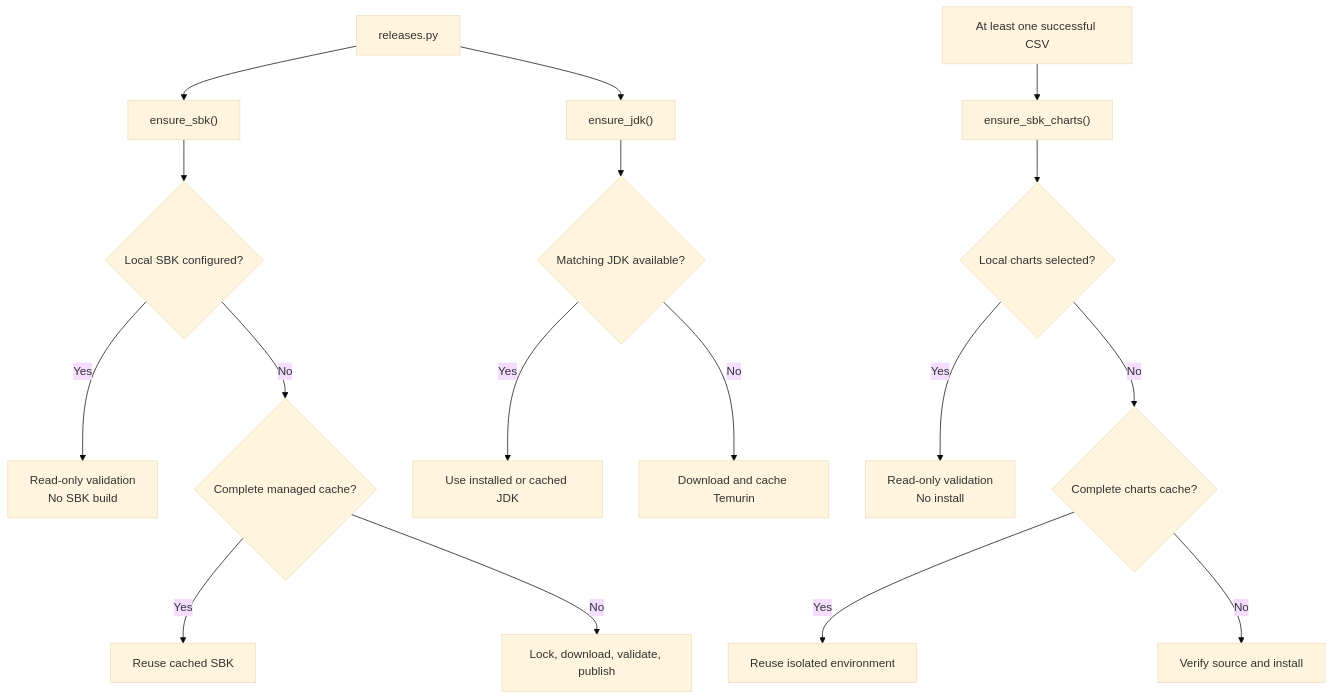
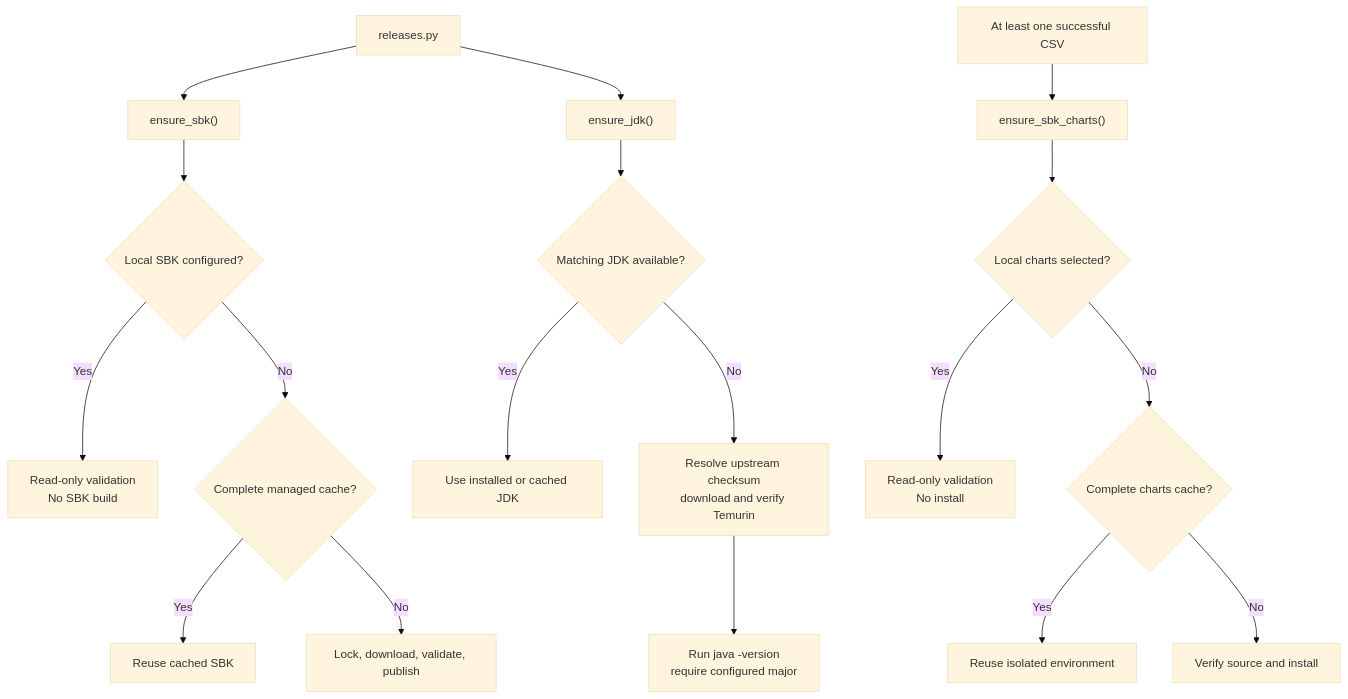
The third of 7 diagrams in analytics/ARCHITECTURE.md (kmgowda/sbk-analytics), drawn with Mermaid (base theme) before and after one commit. The commit also changed other lines of this file and 27 other files, not shown here.

````diff
--- a/analytics/ARCHITECTURE.md
+++ b/analytics/ARCHITECTURE.md
@@ -90,23 +90,24 @@
 ```mermaid
 flowchart TB
     Resolver["releases.py"]
 
     Resolver --> EnsureSBK["ensure_sbk()"]
     EnsureSBK --> LocalSBK{"Local SBK configured?"}
     LocalSBK -->|Yes| ValidateSBK["Read-only validation<br/>No SBK build"]
     LocalSBK -->|No| CachedSBK{"Complete managed cache?"}
     CachedSBK -->|Yes| ReuseSBK["Reuse cached SBK"]
     CachedSBK -->|No| DownloadSBK["Lock, download, validate, publish"]
 
     Resolver --> EnsureJDK["ensure_jdk()"]
     EnsureJDK --> ExistingJDK{"Matching JDK available?"}
     ExistingJDK -->|Yes| ReuseJDK["Use installed or cached JDK"]
-    ExistingJDK -->|No| DownloadJDK["Download and cache Temurin"]
+    ExistingJDK -->|No| DownloadJDK["Resolve upstream checksum<br/>download and verify Temurin"]
+    DownloadJDK --> ValidateJDK["Run java -version<br/>require configured major"]
 
     CSV["At least one successful CSV"] --> EnsureCharts["ensure_sbk_charts()"]
     EnsureCharts --> LocalCharts{"Local charts selected?"}
     LocalCharts -->|Yes| ValidateCharts["Read-only validation<br/>No install"]
     LocalCharts -->|No| CachedCharts{"Complete charts cache?"}
     CachedCharts -->|Yes| ReuseCharts["Reuse isolated environment"]
     CachedCharts -->|No| InstallCharts["Verify source and install"]
 ```
````
